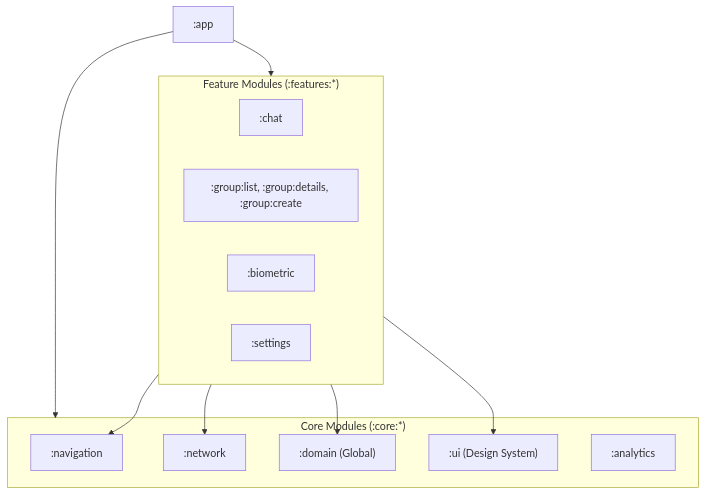
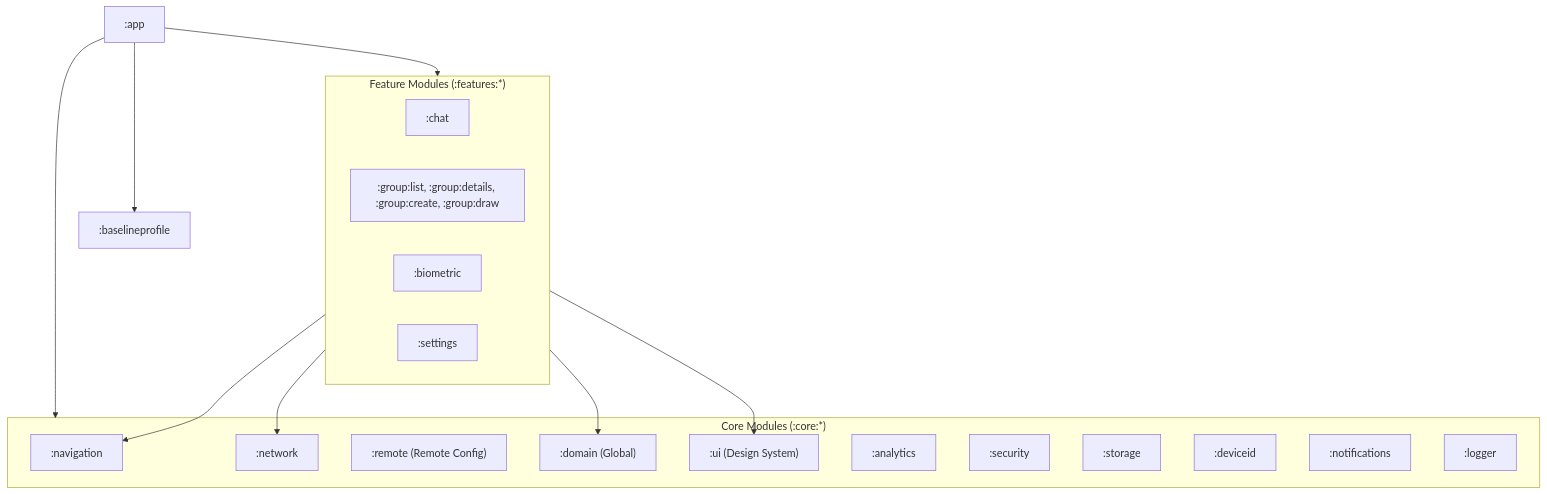
One commit to brunocarvalhs/FriendsSecrets changed the first of 2 diagrams in docs/ARCHITECTURE.md. Above: the diagram before and after it, drawn with Mermaid. The commit also changed 4 other files, not shown here.

````diff
--- a/docs/ARCHITECTURE.md
+++ b/docs/ARCHITECTURE.md
@@ -9,25 +9,32 @@
 ```mermaid
 graph TD
     App[":app"] --> Features
     App --> Core
+    App --> BaselineProfile[":baselineprofile"]
     
     subgraph Features ["Feature Modules (:features:*)"]
         Chat[":chat"]
-        Group[":group:list, :group:details, :group:create"]
+        Group[":group:list, :group:details, :group:create, :group:draw"]
         Biometric[":biometric"]
         Settings[":settings"]
     end
     
     subgraph Core ["Core Modules (:core:*)"]
         Nav[":navigation"]
         Network[":network"]
+        Remote[":remote (Remote Config)"]
         Domain[":domain (Global)"]
         UI[":ui (Design System)"]
         Analytics[":analytics"]
+        Security[":security"]
+        Storage[":storage"]
+        DeviceId[":deviceid"]
+        Notifications[":notifications"]
+        Logger[":logger"]
     end
     
     Features --> Nav
     Features --> Domain
     Features --> UI
     Features --> Network
 ```
````
